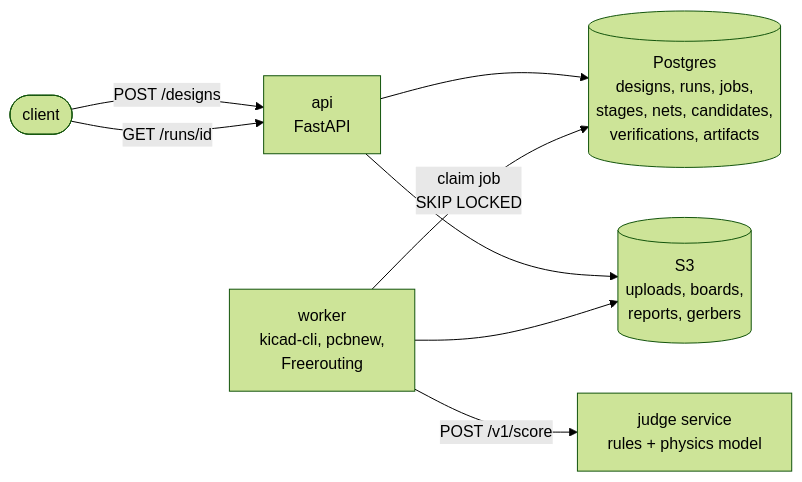
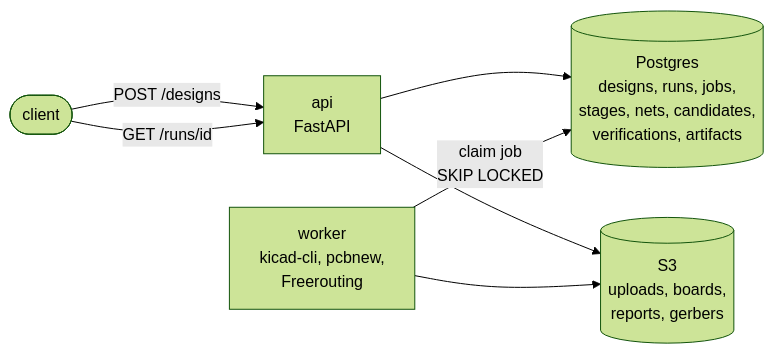
The diagram in README.md (azure-eller/netlist-pipeline), drawn with Mermaid (forest theme) before and after one commit. The commit also changed other lines of this file and 3 other files, not shown here.

First line of the commit message:
README: mermaid as before, detailed diagram portrait with cylinders

````diff
--- a/README.md
+++ b/README.md
@@ -11,10 +11,9 @@
 ```mermaid
 flowchart LR
     client([client]) -->|POST /designs| api[api<br/>FastAPI]
     api --> pg[(Postgres<br/>designs, runs, jobs,<br/>stages, nets, candidates,<br/>verifications, artifacts)]
     api --> s3[(S3<br/>uploads, boards,<br/>reports, gerbers)]
     worker[worker<br/>kicad-cli, pcbnew,<br/>Freerouting] -->|claim job<br/>SKIP LOCKED| pg
     worker --> s3
-    worker -->|POST /v1/score| judge[judge service<br/>rules + physics model]
     client -->|GET /runs/id| api
 ```
````
